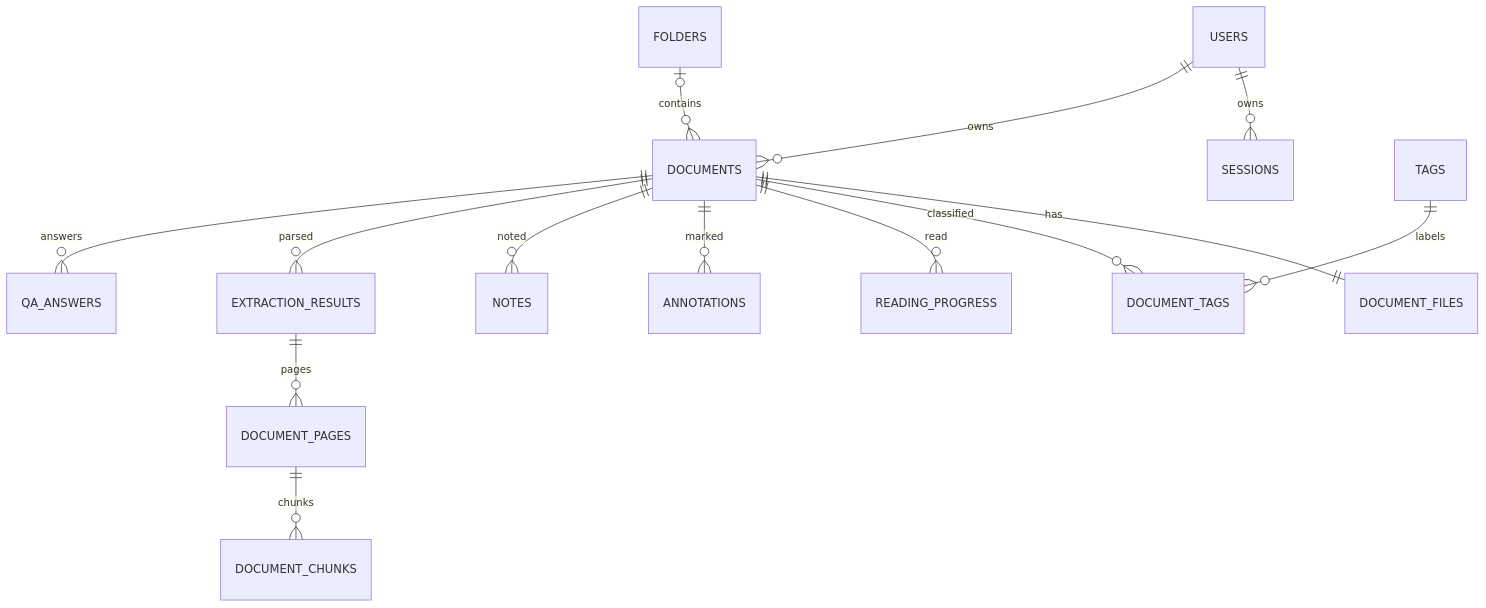
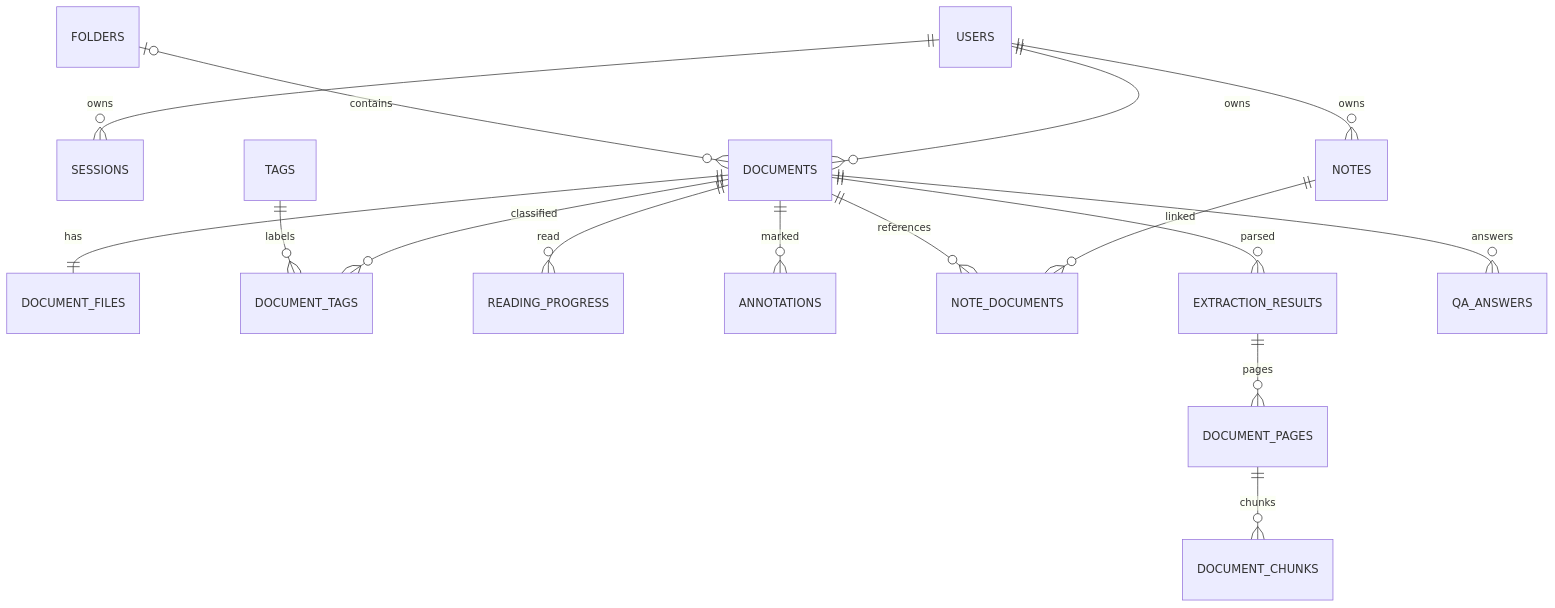
Before and after one commit to liusg649g-sys/Litera: the diagram in docs/design/data-model.md, drawn with Mermaid. The commit also changed other lines of this file and 38 other files, not shown here.

````diff
--- a/docs/design/data-model.md
+++ b/docs/design/data-model.md
@@ -88,16 +89,18 @@
 ```mermaid
 erDiagram
   USERS ||--o{ SESSIONS : owns
   USERS ||--o{ DOCUMENTS : owns
   FOLDERS o|--o{ DOCUMENTS : contains
   DOCUMENTS ||--|| DOCUMENT_FILES : has
   DOCUMENTS ||--o{ DOCUMENT_TAGS : classified
   TAGS ||--o{ DOCUMENT_TAGS : labels
   DOCUMENTS ||--o{ READING_PROGRESS : read
   DOCUMENTS ||--o{ ANNOTATIONS : marked
-  DOCUMENTS ||--o{ NOTES : noted
+  USERS ||--o{ NOTES : owns
+  NOTES ||--o{ NOTE_DOCUMENTS : linked
+  DOCUMENTS ||--o{ NOTE_DOCUMENTS : references
   DOCUMENTS ||--o{ EXTRACTION_RESULTS : parsed
   EXTRACTION_RESULTS ||--o{ DOCUMENT_PAGES : pages
   DOCUMENT_PAGES ||--o{ DOCUMENT_CHUNKS : chunks
   DOCUMENTS ||--o{ QA_ANSWERS : answers
 ```
````
